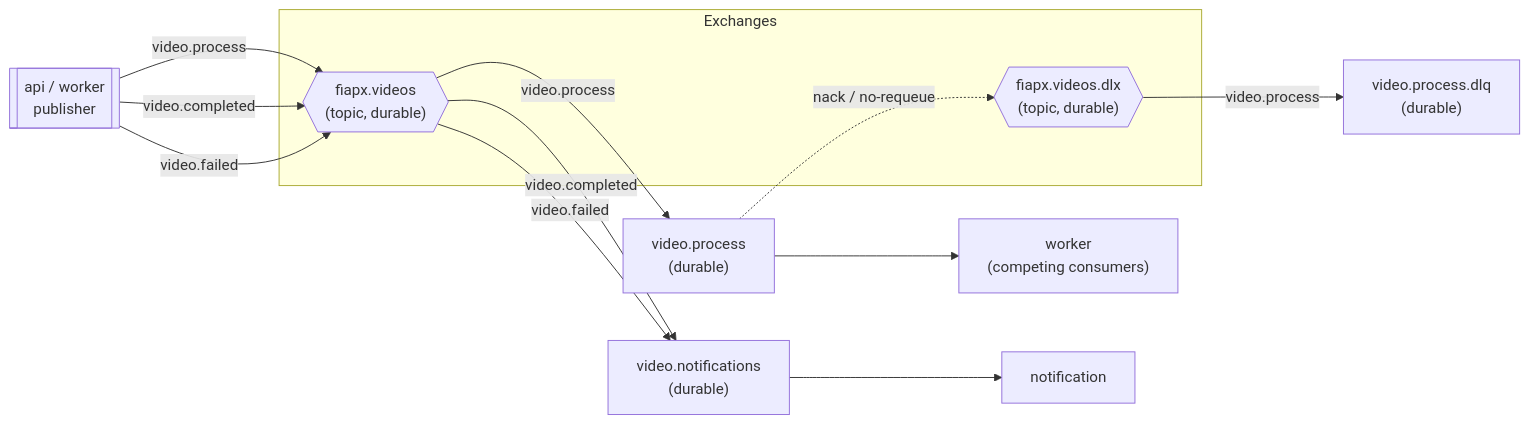
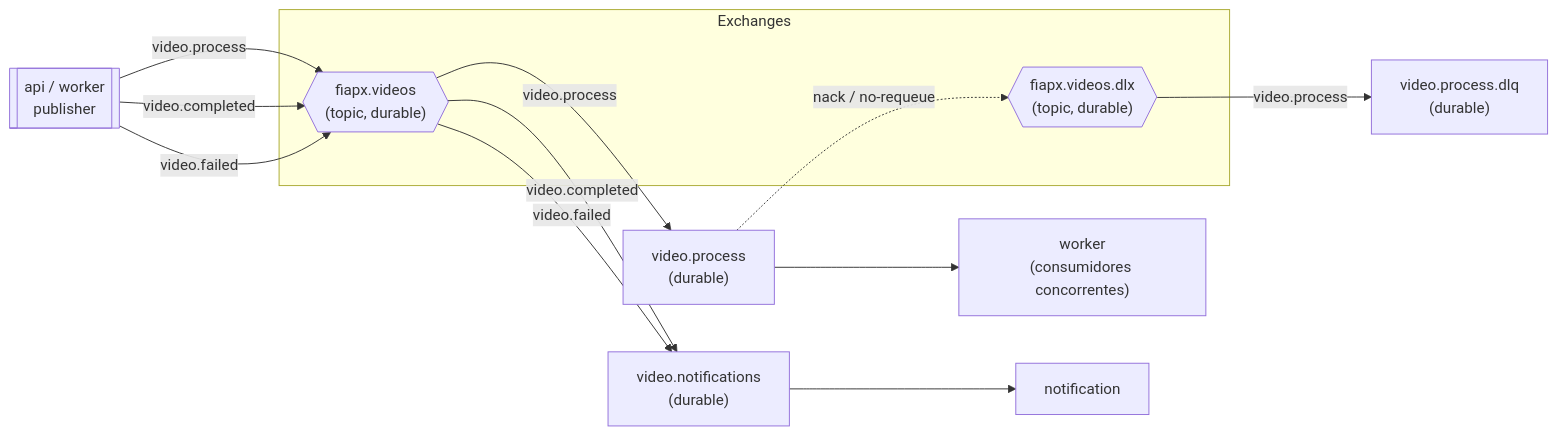
One commit to GGotha/hackaton-fiapx changed the third of 3 diagrams in docs/architecture.md. Above: the diagram before and after it, drawn with Mermaid. The commit also changed other lines of this file and 12 other files, not shown here.

````diff
--- a/docs/architecture.md
+++ b/docs/architecture.md
@@ -144,30 +146,30 @@
 ```mermaid
 flowchart LR
   pub[["api / worker<br/>publisher"]]
 
   subgraph ex[Exchanges]
     x{{"fiapx.videos<br/>(topic, durable)"}}
     dlx{{"fiapx.videos.dlx<br/>(topic, durable)"}}
   end
 
   qp["video.process<br/>(durable)"]
   qn["video.notifications<br/>(durable)"]
   qd["video.process.dlq<br/>(durable)"]
 
-  worker["worker<br/>(competing consumers)"]
+  worker["worker<br/>(consumidores concorrentes)"]
   notif["notification"]
 
   pub -->|video.process| x
   pub -->|video.completed| x
   pub -->|video.failed| x
 
   x -->|video.process| qp
   x -->|video.completed| qn
   x -->|video.failed| qn
 
   qp --> worker
   qn --> notif
 
   qp -. nack / no-requeue .-> dlx
   dlx -->|video.process| qd
 ```
````
